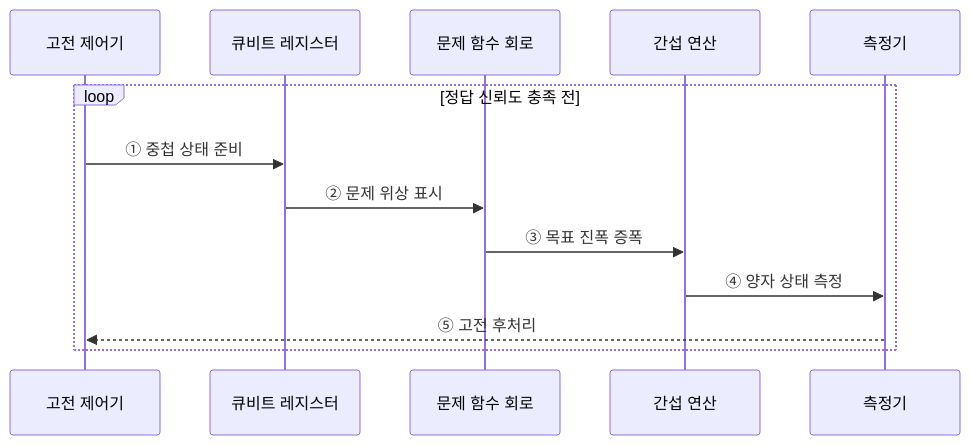
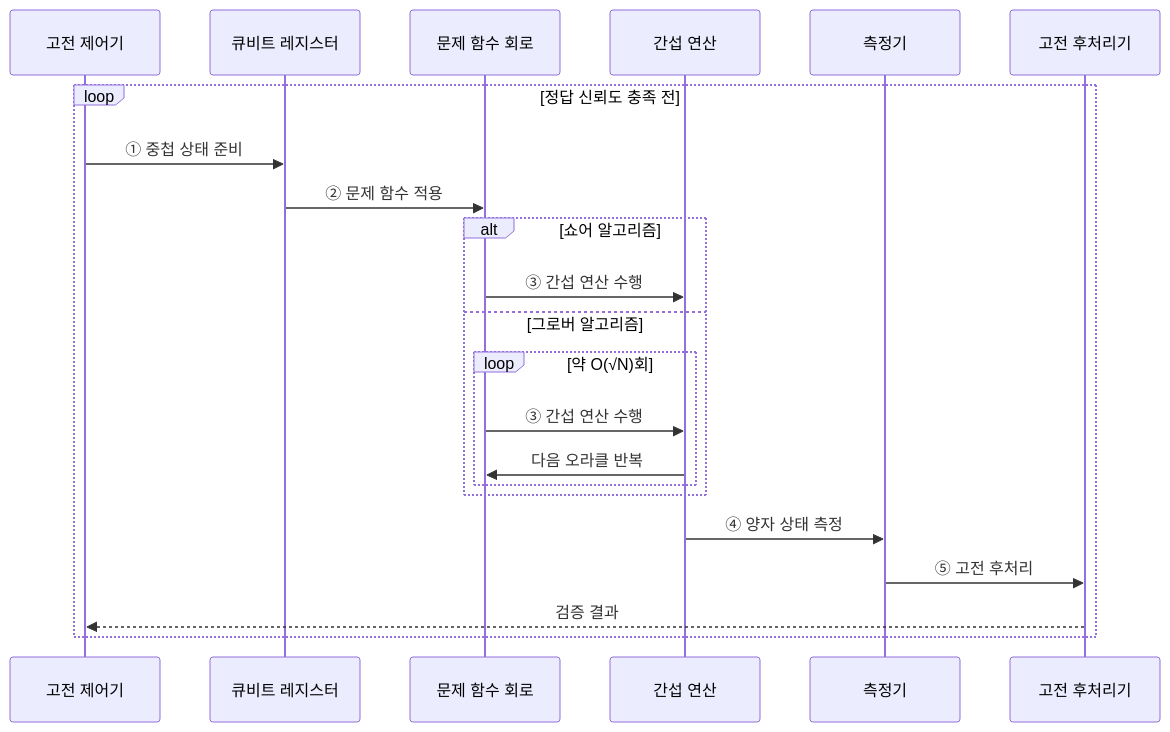
Before and after one commit to agnusdei1207/knowledge-base: the third of 3 diagrams in src/content/docs/notes/01-basic-theory/062_quantum_algo_shor_grover.md, drawn with Mermaid. The commit also changed other lines of this file and 3 other files, not shown here.

````diff
--- a/src/content/docs/notes/01-basic-theory/062_quantum_algo_shor_grover.md
+++ b/src/content/docs/notes/01-basic-theory/062_quantum_algo_shor_grover.md
@@ -92,15 +96,24 @@
 ```mermaid
 sequenceDiagram
     participant C as 고전 제어기
     participant R as 큐비트 레지스터
     participant F as 문제 함수 회로
     participant I as 간섭 연산
     participant M as 측정기
+    participant P as 고전 후처리기
     loop 정답 신뢰도 충족 전
         C->>R: ① 중첩 상태 준비
-        R->>F: ② 문제 위상 표시
-        F->>I: ③ 목표 진폭 증폭
+        R->>F: ② 문제 함수 적용
+        alt 쇼어 알고리즘
+            F->>I: ③ 간섭 연산 수행
+        else 그로버 알고리즘
+            loop 약 O(√N)회
+                F->>I: ③ 간섭 연산 수행
+                I->>F: 다음 오라클 반복
+            end
+        end
         I->>M: ④ 양자 상태 측정
-        M-->>C: ⑤ 고전 후처리
+        M->>P: ⑤ 고전 후처리
+        P-->>C: 검증 결과
     end
 ```
````
